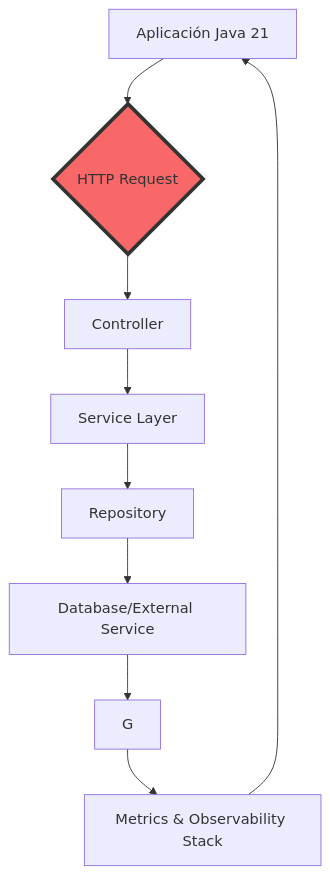
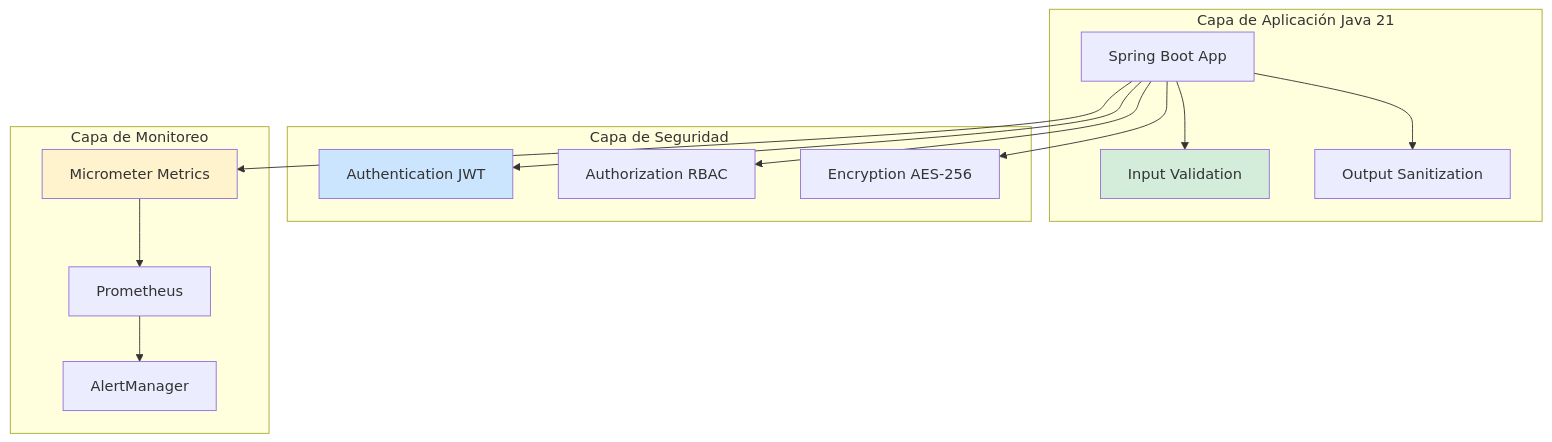
One commit to Joaquinriosheredia/DAM-Java-Mastery changed the first of 3 diagrams in _Review/owasp_top_10_aplicado_a_java/owasp_top_10_aplicado_a_java.md. Above: the diagram before and after it, drawn with Mermaid. The commit also changed other lines of this file, not shown here.

Commit message:
OWASP Top 10 Aplicado a Java 21

````diff
--- a/_Review/owasp_top_10_aplicado_a_java/owasp_top_10_aplicado_a_java.md
+++ b/_Review/owasp_top_10_aplicado_a_java/owasp_top_10_aplicado_a_java.md
@@ -319,13 +68,33 @@
 ```mermaid
 graph TD
-    A[Aplicación Java 21] --> B{HTTP Request}
-    B --> C[Controller]
-    C --> D[Service Layer]
-    D --> E[Repository]
-    E --> F[Database/External Service]
-    F --> G
-    G --> H[Metrics & Observability Stack]
-    H --> A
-
-    style B fill:#f96868,stroke:#333,stroke-width:4px
+    subgraph "Capa de Aplicación Java 21"
+        APP[Spring Boot App]
+        VAL[Input Validation]
+        SAN[Output Sanitization]
+    end
+    
+    subgraph "Capa de Seguridad"
+        AUTH[Authentication JWT]
+        AUTHZ[Authorization RBAC]
+        ENC[Encryption AES-256]
+    end
+    
+    subgraph "Capa de Monitoreo"
+        MET[Micrometer Metrics]
+        PROM[Prometheus]
+        ALERT[AlertManager]
+    end
+    
+    APP --> VAL
+    APP --> SAN
+    APP --> AUTH
+    APP --> AUTHZ
+    APP --> ENC
+    APP --> MET
+    MET --> PROM
+    PROM --> ALERT
+    
+    style VAL fill:#d4edda
+    style AUTH fill:#cce5ff
+    style MET fill:#fff3cd
 ```
````
